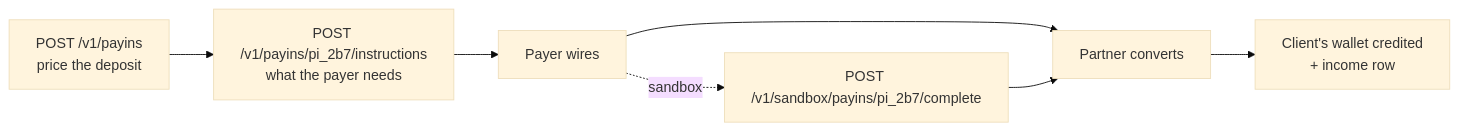
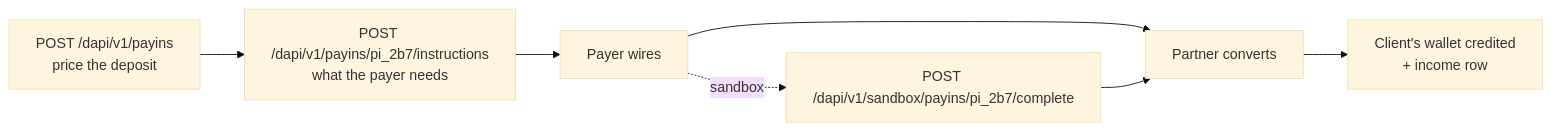
One commit to hevn-inc/docs changed the diagram in whitelabel/payins.mdx. Above: the diagram before and after it, drawn with Mermaid (base theme). The commit also changed other lines of this file and 37 other files, not shown here.

````diff
--- a/whitelabel/payins.mdx
+++ b/whitelabel/payins.mdx
@@ -20,9 +21,9 @@
 ```mermaid
 flowchart LR
-    Q["POST /v1/payins<br/>price the deposit"] --> I["POST /v1/payins/pi_2b7/instructions<br/>what the payer needs"]
+    Q["POST /dapi/v1/payins<br/>price the deposit"] --> I["POST /dapi/v1/payins/pi_2b7/instructions<br/>what the payer needs"]
     I --> W["Payer wires"]
     W --> C["Partner converts"]
     C --> B["Client's wallet credited<br/>+ income row"]
-    W -.->|"sandbox"| S["POST /v1/sandbox/payins/pi_2b7/complete"]
+    W -.->|"sandbox"| S["POST /dapi/v1/sandbox/payins/pi_2b7/complete"]
     S --> C
 ```
````
